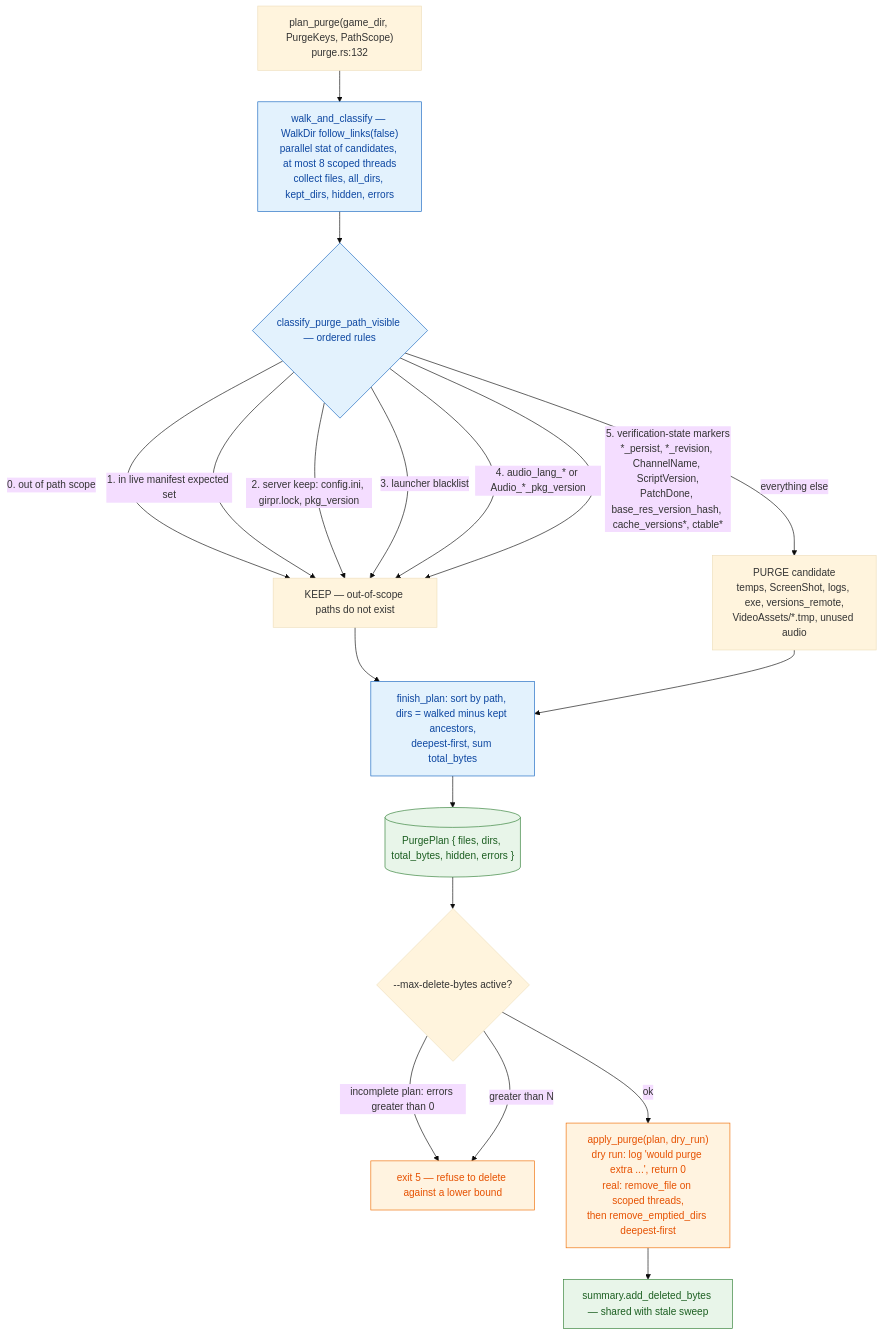
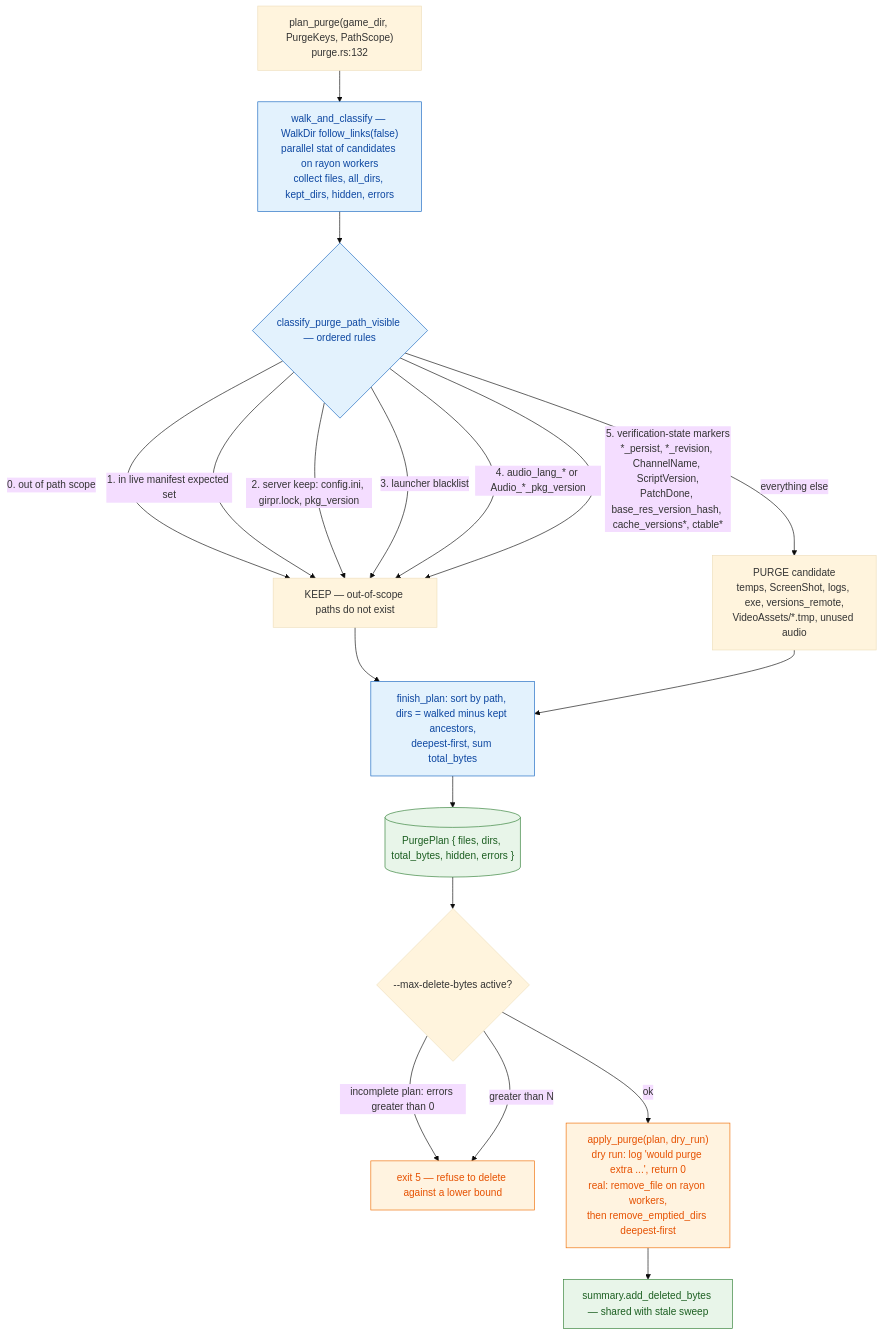
One commit to bhbghghbgb/girpr changed the tenth of 22 diagrams in REPAIR_FLOW.md. Above: the diagram before and after it, drawn with Mermaid (base theme).

Commit message:
Update purge flow diagram to rayon-worker wording
The walk/delete diagram no longer claims scoped threads or an eight-thread ceiling; it now names rayon workers, matching the current implementation.

````diff
--- a/REPAIR_FLOW.md
+++ b/REPAIR_FLOW.md
@@ -477,29 +477,29 @@
 ```mermaid
 flowchart TD
     classDef exec fill:#fff3e0,stroke:#ef6c00,color:#e65100
     classDef plan fill:#e3f2fd,stroke:#1565c0,color:#0d47a1
     classDef data fill:#e8f5e9,stroke:#2e7d32,color:#1b5e20
 
-    START["plan_purge(game_dir, PurgeKeys, PathScope)<br/>purge.rs:132"] --> WALK["walk_and_classify — WalkDir follow_links(false)<br/>parallel stat of candidates, at most 8 scoped threads<br/>collect files, all_dirs, kept_dirs, hidden, errors"]
+    START["plan_purge(game_dir, PurgeKeys, PathScope)<br/>purge.rs:132"] --> WALK["walk_and_classify — WalkDir follow_links(false)<br/>parallel stat of candidates on rayon workers<br/>collect files, all_dirs, kept_dirs, hidden, errors"]
     WALK --> RULES{"classify_purge_path_visible — ordered rules"}
     RULES -->|"0. out of path scope"| KEEP["KEEP — out-of-scope paths do not exist"]
     RULES -->|"1. in live manifest expected set"| KEEP
     RULES -->|"2. server keep: config.ini, girpr.lock, pkg_version"| KEEP
     RULES -->|"3. launcher blacklist"| KEEP
     RULES -->|"4. audio_lang_* or Audio_*_pkg_version"| KEEP
     RULES -->|"5. verification-state markers<br/>*_persist, *_revision, ChannelName, ScriptVersion,<br/>PatchDone, base_res_version_hash, cache_versions*, ctable*"| KEEP
     RULES -->|"everything else"| DEL["PURGE candidate<br/>temps, ScreenShot, logs, exe, versions_remote,<br/>VideoAssets/*.tmp, unused audio"]
     KEEP --> FIN["finish_plan: sort by path, dirs = walked minus kept ancestors,<br/>deepest-first, sum total_bytes"]
     DEL --> FIN
     FIN --> PP[("PurgePlan { files, dirs, total_bytes, hidden, errors }")]
     PP --> CEIL{"--max-delete-bytes active?"}
     CEIL -->|incomplete plan: errors greater than 0| REFUSE["exit 5 — refuse to delete against a lower bound"]
     CEIL -->|"greater than N"| REFUSE
-    CEIL -->|ok| APPLY["apply_purge(plan, dry_run)<br/>dry run: log 'would purge extra ...', return 0<br/>real: remove_file on scoped threads,<br/>then remove_emptied_dirs deepest-first"]
+    CEIL -->|ok| APPLY["apply_purge(plan, dry_run)<br/>dry run: log 'would purge extra ...', return 0<br/>real: remove_file on rayon workers,<br/>then remove_emptied_dirs deepest-first"]
     APPLY --> BYTES["summary.add_deleted_bytes — shared with stale sweep"]
 
     class WALK,RULES,FIN plan
     class PP,BYTES data
     class APPLY exec
     class REFUSE exec
 ```
````
